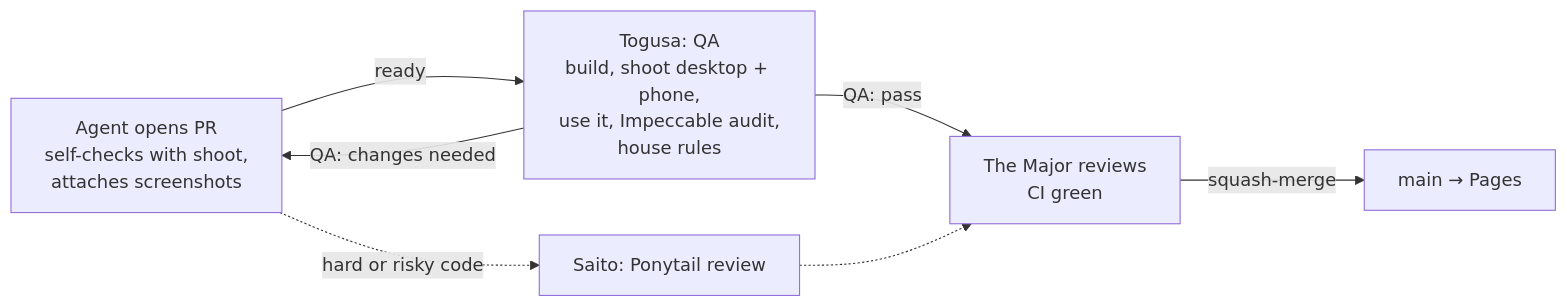
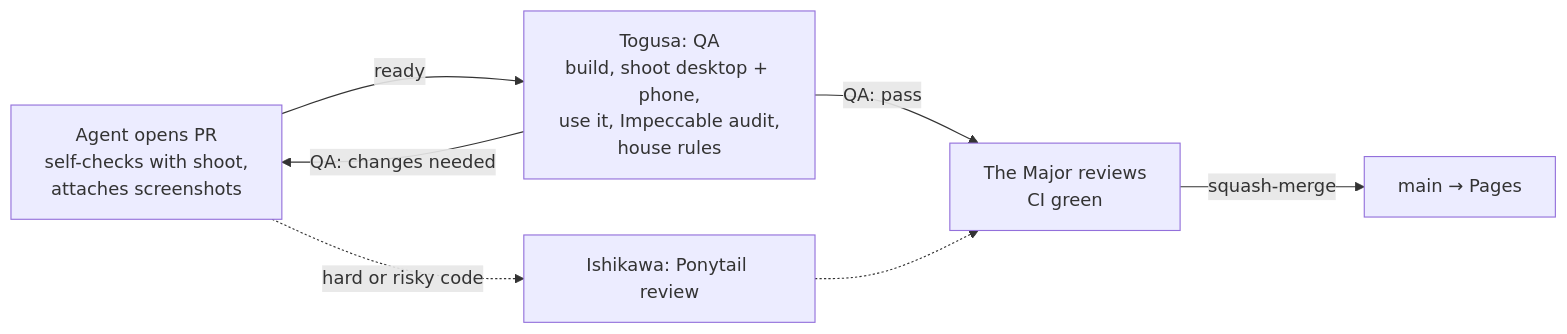
One commit to petterfranzen/agent-manager changed the second of 2 diagrams in docs/DESIGN.md. Above: the diagram before and after it, drawn with Mermaid. The commit also changed other lines of this file and 19 other files, not shown here.

First line of the commit message:
Section 9 restructure: Saito merges into Ishikawa; Aramaki card removed (#118)

````diff
--- a/docs/DESIGN.md
+++ b/docs/DESIGN.md
@@ -186,9 +186,9 @@
 ```mermaid
 flowchart LR
   A[Agent opens PR<br/>self-checks with shoot,<br/>attaches screenshots] -->|ready| T[Togusa: QA<br/>build, shoot desktop + phone,<br/>use it, Impeccable audit,<br/>house rules]
-  A -.->|hard or risky code| SA[Saito: Ponytail review]
+  A -.->|hard or risky code| SA[Ishikawa: Ponytail review]
   T -->|QA: changes needed| A
   T -->|QA: pass| M[The Major reviews<br/>CI green]
   SA -.-> M
   M -->|squash-merge| G[main → Pages]
 ```
````
